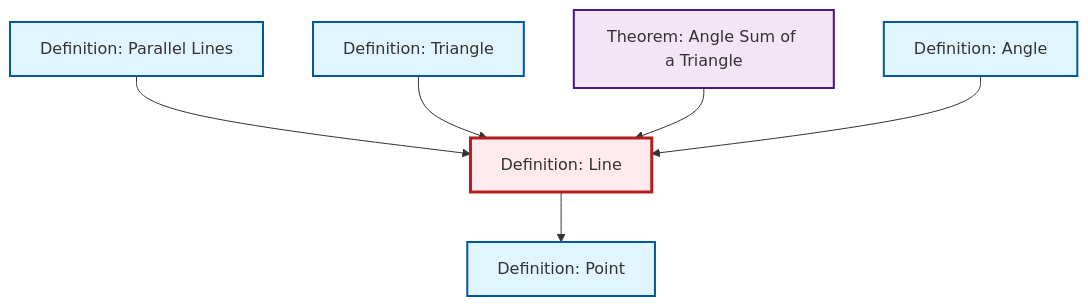
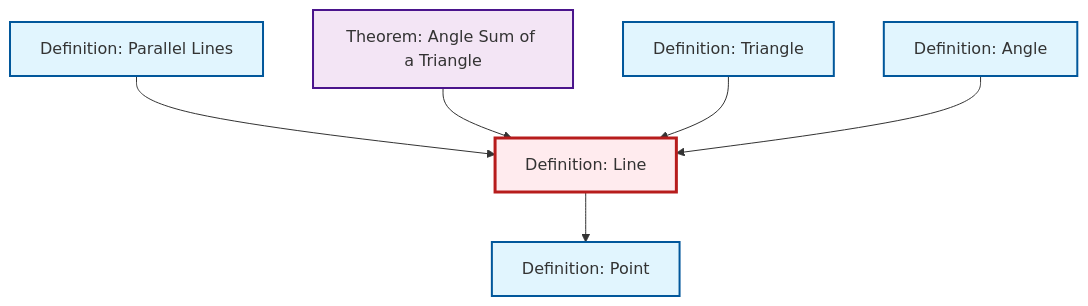
Before and after one commit to RK0429/ModernMath: the diagram in content/ja/geometry/def-line.qmd, drawn with Mermaid. The commit also changed other lines of this file and 581 other files, not shown here.

````diff
--- a/content/ja/geometry/def-line.qmd
+++ b/content/ja/geometry/def-line.qmd
@@ -46,26 +46,26 @@
 ```{mermaid}
 %%| fig-cap: "Local dependency graph"
 graph TD
     classDef definition fill:#e1f5fe,stroke:#01579b,stroke-width:2px
     classDef theorem fill:#f3e5f5,stroke:#4a148c,stroke-width:2px
     classDef axiom fill:#fff3e0,stroke:#e65100,stroke-width:2px
     classDef example fill:#e8f5e9,stroke:#1b5e20,stroke-width:2px
     classDef current fill:#ffebee,stroke:#b71c1c,stroke-width:3px
+    def-point["Definition: Point"]:::definition
+    def-triangle["Definition: Triangle"]:::definition
     def-line["Definition: Line"]:::definition
-    def-triangle["Definition: Triangle"]:::definition
-    def-point["Definition: Point"]:::definition
-    def-parallel["Definition: Parallel Lines"]:::definition
     thm-angle-sum-triangle["Theorem: Angle Sum of a Triangle"]:::theorem
     def-angle["Definition: Angle"]:::definition
+    def-parallel["Definition: Parallel Lines"]:::definition
+    def-parallel --> def-line
+    thm-angle-sum-triangle --> def-line
+    def-triangle --> def-line
     def-line --> def-point
-    def-parallel --> def-line
-    def-triangle --> def-line
-    thm-angle-sum-triangle --> def-line
     def-angle --> def-line
     class def-line current
+    click def-point "def-point.html" "Definition: Pointへ"
     click def-triangle "def-triangle.html" "Definition: Triangleへ"
-    click def-point "def-point.html" "Definition: Pointへ"
-    click def-parallel "def-parallel.html" "Definition: Parallel Linesへ"
     click thm-angle-sum-triangle "thm-angle-sum-triangle.html" "Theorem: Angle Sum of a Triangleへ"
     click def-angle "def-angle.html" "Definition: Angleへ"
+    click def-parallel "def-parallel.html" "Definition: Parallel Linesへ"
 ```
````
